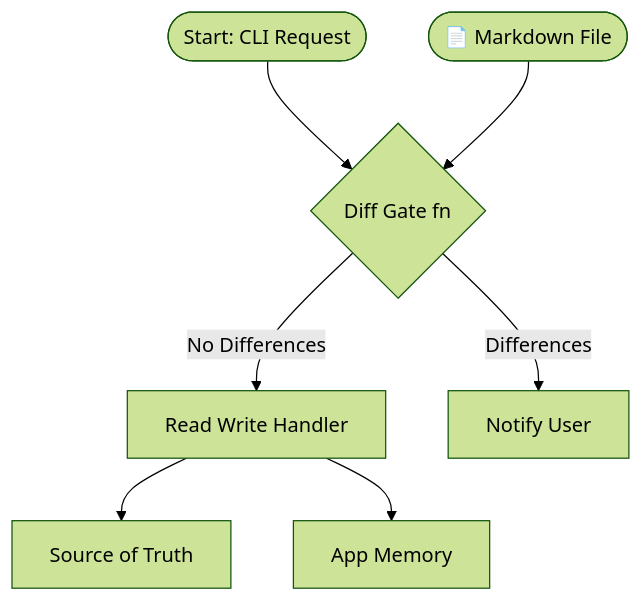
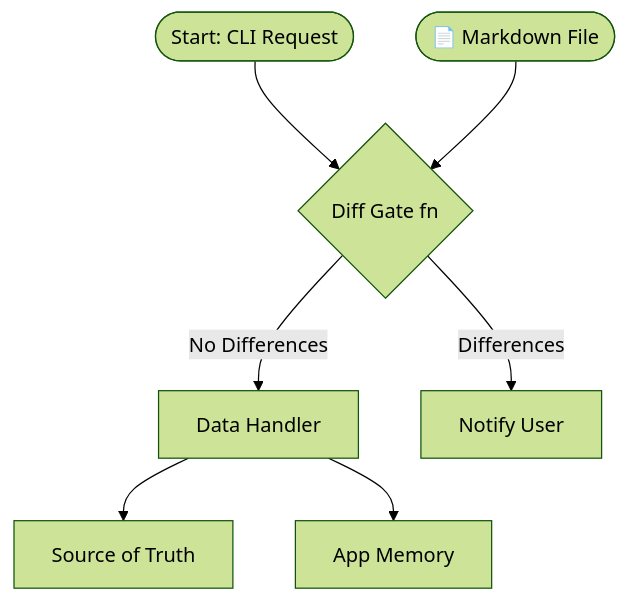
The first of 2 diagrams in ReqText.reqt.md (fred-terzi/reqtext), drawn with Mermaid (forest theme) before and after one commit. The commit also changed other lines of this file and 4 other files, not shown here.

Commit message:
feat: refactor data handling and diff checking; replace readWriteHandler with dataHandler, enhance init command, and update Markdown diff logic

`````diff
--- a/ReqText.reqt.md
+++ b/ReqText.reqt.md
@@ -12,17 +12,17 @@
 ````mermaid
 flowchart TD
     Start([Start: CLI Request])
     Markdown([📄 Markdown File])
     Diff{Diff Gate fn}
-    RWH[Read Write Handler]
+    DataHandler[Data Handler]
     SoT[Source of Truth]
     mem[App Memory]
     Notify[Notify User]
 
     Start --> Diff
     Markdown --> Diff
-    Diff -- "No Differences" --> RWH
+    Diff -- "No Differences" --> DataHandler
     Diff -- "Differences" --> Notify
-    RWH --> SoT
-    RWH --> mem
+    DataHandler --> SoT
+    DataHandler --> mem
 ````
`````
